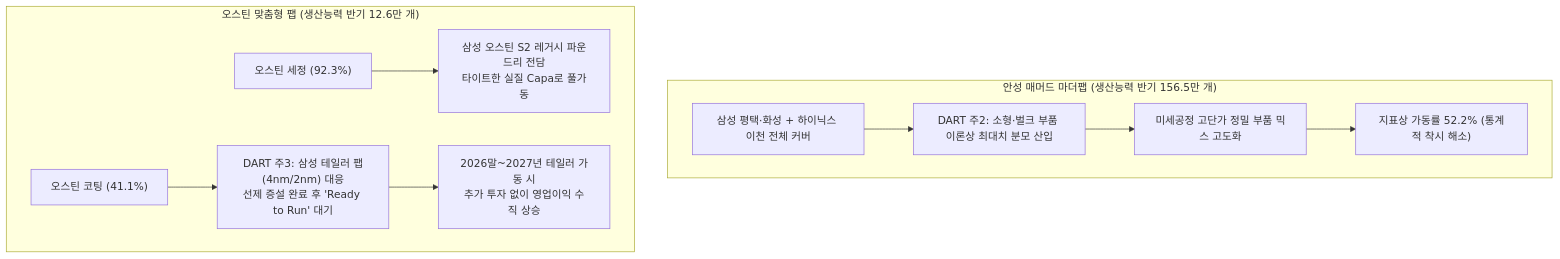
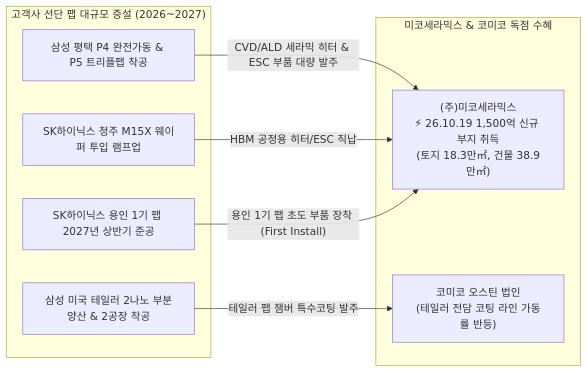
One commit to eve830521-cmd/my-skill changed the third of 3 diagrams in Stock_Research/코미코/3_Final_Reports/Phase2_Story.md. Above: the diagram before and after it, drawn with Mermaid. The commit also changed other lines of this file and 96 other files, not shown here.

````diff
--- a/Stock_Research/코미코/3_Final_Reports/Phase2_Story.md
+++ b/Stock_Research/코미코/3_Final_Reports/Phase2_Story.md
@@ -141,14 +197,19 @@
 ```mermaid
-graph TD
-    subgraph "안성 매머드 마더팹 (생산능력 반기 156.5만 개)"
-        A1["삼성 평택·화성 + 하이닉스 이천 전체 커버"] --> B1["DART 주2: 소형·벌크 부품 이론상 최대치 분모 산입"]
-        B1 --> C1["미세공정 고단가 정밀 부품 믹스 고도화"]
-        C1 --> D1["지표상 가동률 52.2% (통계적 착시 해소)"]
+graph LR
+    subgraph "고객사 선단 팹 대규모 증설 (2026~2027)"
+        S1["삼성 평택 P4 완전가동 & P5 트리플팹 착공"]
+        S2["삼성 미국 테일러 2나노 부분양산 & 2공장 착공"]
+        H1["SK하이닉스 청주 M15X 웨이퍼 투입 램프업"]
+        H2["SK하이닉스 용인 1기 팹 2027년 상반기 준공"]
     end
 
-    subgraph "오스틴 맞춤형 팹 (생산능력 반기 12.6만 개)"
-        A2["오스틴 세정 (92.3%)"] --> B2["삼성 오스틴 S2 레거시 파운드리 전담<br>타이트한 실질 Capa로 풀가동"]
-        A3["오스틴 코팅 (41.1%)"] --> B3["DART 주3: 삼성 테일러 팹(4nm/2nm) 대응<br>선제 증설 완료 후 'Ready to Run' 대기"]
-        B3 --> D3["2026말~2027년 테일러 가동 시<br>추가 투자 없이 영업이익 수직 상승"]
+    subgraph "미코세라믹스 & 코미코 독점 수혜"
+        M["(주)미코세라믹스<br>⚡ 26.10.19 1,500억 신규 부지 취득<br>(토지 18.3만㎡, 건물 38.9만㎡)"]
+        K_US["코미코 오스틴 법인<br>(테일러 전담 코팅 라인 가동률 반등)"]
     end
+
+    S1 -->|"CVD/ALD 세라믹 히터 & ESC 부품 대량 발주"| M
+    S2 -->|"테일러 팹 챔버 특수코팅 발주"| K_US
+    H1 -->|"HBM 공정용 히터/ESC 직납"| M
+    H2 -->|"용인 1기 팹 초도 부품 장착 (First Install)"| M
 ```
````
